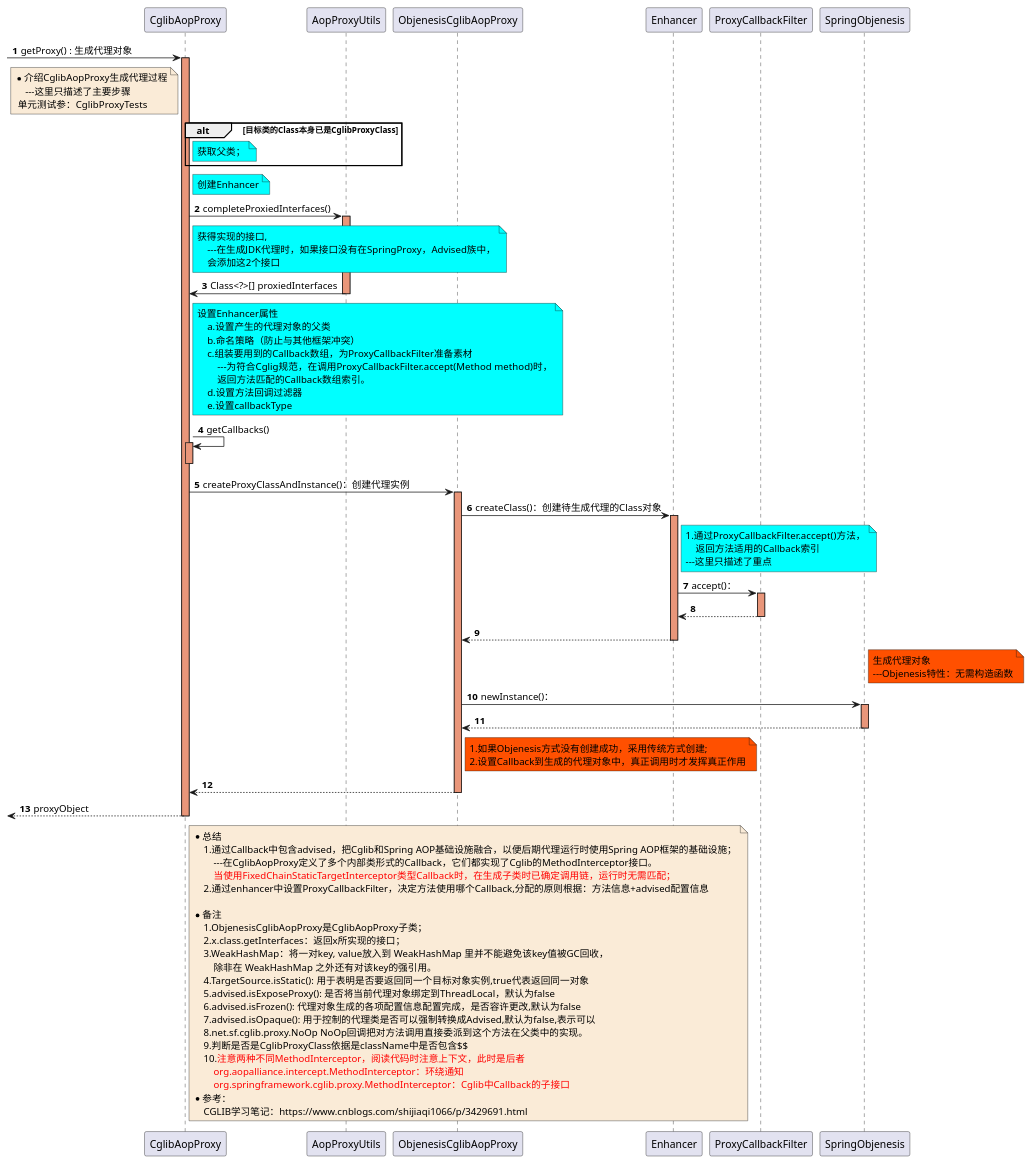
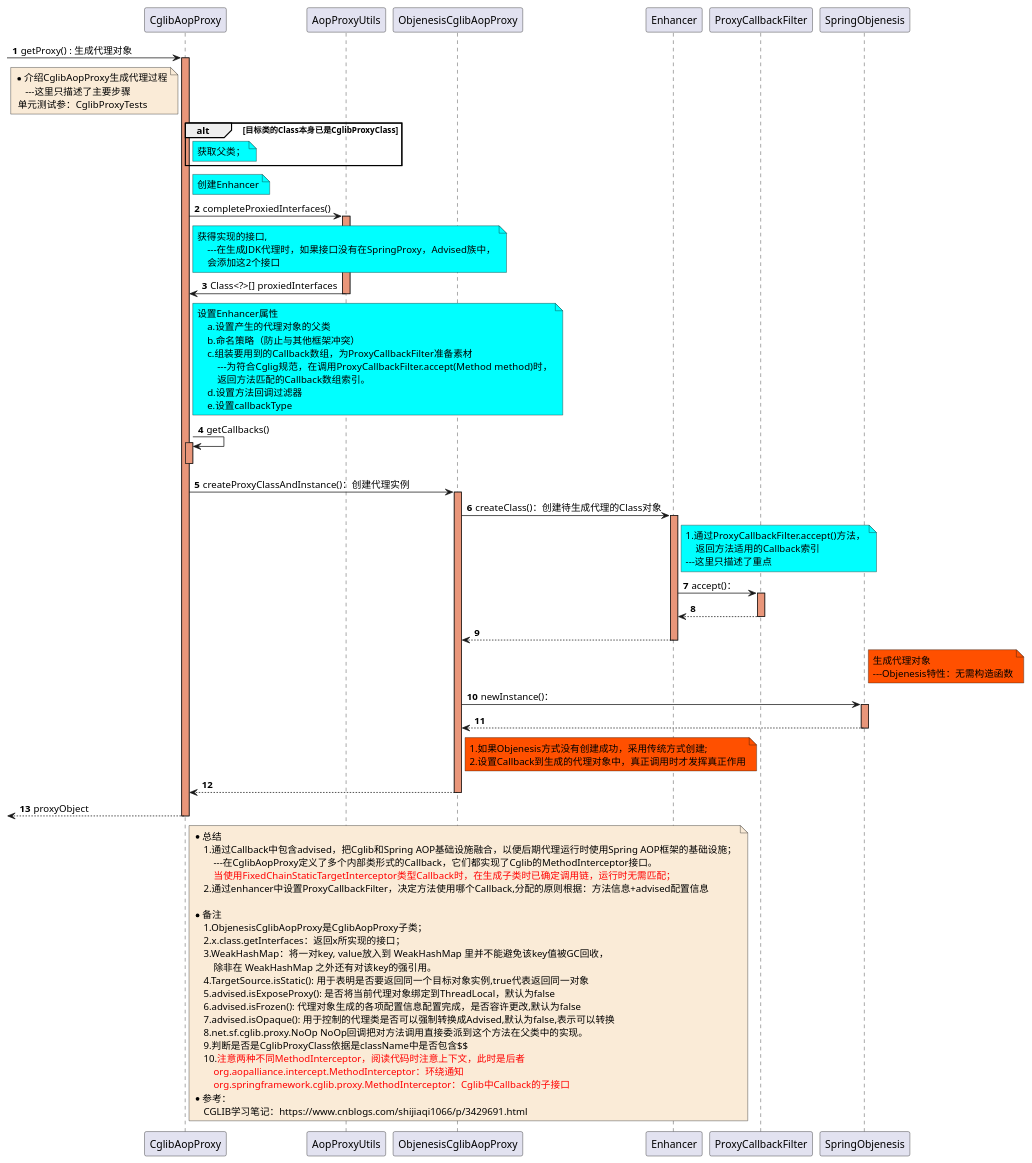
Before and after one commit to czwer/learn-spring-code: the diagram in document/spring/base/sequence/AOP-GenerateProxyObject-2-CglibAopProxy_getProxy-sequence.puml, drawn with PlantUML. The commit also changed 5 other files, not shown here.

Commit message:
修改代理对象执行时的时序图

```diff
--- a/document/spring/base/sequence/AOP-GenerateProxyObject-2-CglibAopProxy_getProxy-sequence.puml
+++ b/document/spring/base/sequence/AOP-GenerateProxyObject-2-CglibAopProxy_getProxy-sequence.puml
@@ -1,116 +1,116 @@
 @startuml
 
 autonumber
 
 -> CglibAopProxy: getProxy() : 生成代理对象
 
 note left of CglibAopProxy #FAEBD7
     *介绍CglibAopProxy生成代理过程
         ---这里只描述了主要步骤
      单元测试参：CglibProxyTests
 end note
 activate CglibAopProxy #DarkSalmon
     alt 目标类的Class本身已是CglibProxyClass
         note right of CglibAopProxy #aqua
             获取父类；
         end note
     end
 
     note right of CglibAopProxy #aqua
         创建Enhancer
     end note
 
     CglibAopProxy-> AopProxyUtils:completeProxiedInterfaces()
     activate AopProxyUtils #DarkSalmon
         note right of CglibAopProxy #aqua
             获得实现的接口,
                 ---在生成JDK代理时，如果接口没有在SpringProxy，Advised族中，
                 会添加这2个接口
         end note
     AopProxyUtils-> CglibAopProxy:Class<?>[] proxiedInterfaces
     deactivate AopProxyUtils
 
     note right of CglibAopProxy #aqua
         设置Enhancer属性
             a.设置产生的代理对象的父类
             b.命名策略（防止与其他框架冲突）
             c.组装要用到的Callback数组，为ProxyCallbackFilter准备素材
                 ---为符合Cglig规范，在调用ProxyCallbackFilter.accept(Method method)时，
                 返回方法匹配的Callback数组索引。
             d.设置方法回调过滤器
             e.设置callbackType
     end note
 
     CglibAopProxy -> CglibAopProxy : getCallbacks()
     activate CglibAopProxy #DarkSalmon
     deactivate CglibAopProxy
 
     CglibAopProxy -> ObjenesisCglibAopProxy : createProxyClassAndInstance()：创建代理实例
     activate ObjenesisCglibAopProxy #DarkSalmon
 
         ObjenesisCglibAopProxy -> Enhancer : createClass()：创建待生成代理的Class对象
         activate Enhancer #DarkSalmon
             note right of Enhancer #aqua
                 1.通过ProxyCallbackFilter.accept()方法，
                     返回方法适用的Callback索引
                 ---这里只描述了重点
             end note
 
             Enhancer -> ProxyCallbackFilter : accept()：
             activate ProxyCallbackFilter #DarkSalmon
             ProxyCallbackFilter --> Enhancer
             deactivate ProxyCallbackFilter
 
         Enhancer --> ObjenesisCglibAopProxy
         deactivate Enhancer
 
         note right of SpringObjenesis #FF5000
             生成代理对象
             ---Objenesis特性：无需构造函数
         end note
 
         ObjenesisCglibAopProxy -> SpringObjenesis : newInstance()：
         activate SpringObjenesis #DarkSalmon
         SpringObjenesis --> ObjenesisCglibAopProxy
         deactivate SpringObjenesis
 
         note right of ObjenesisCglibAopProxy #FF5000
             1.如果Objenesis方式没有创建成功，采用传统方式创建;
             2.设置Callback到生成的代理对象中，真正调用时才发挥真正作用
         end note
 
 
     ObjenesisCglibAopProxy --> CglibAopProxy
     deactivate ObjenesisCglibAopProxy
 
 
 
 <-- CglibAopProxy : proxyObject
 deactivate CglibAopProxy
 
 note right of CglibAopProxy #FAEBD7
 *总结
     1.通过Callback中包含advised，把Cglib和Spring AOP基础设施融合，以便后期代理运行时使用Spring AOP框架的基础设施；
         ---在CglibAopProxy定义了多个内部类形式的Callback，它们都实现了Cglib的MethodInterceptor接口。
         <font color=red>当使用FixedChainStaticTargetInterceptor类型Callback时，在生成子类时已确定调用链，运行时无需匹配；</font>
     2.通过enhancer中设置ProxyCallbackFilter，决定方法使用哪个Callback,分配的原则根据：方法信息+advised配置信息
 
 *备注
     1.ObjenesisCglibAopProxy是CglibAopProxy子类；
     2.x.class.getInterfaces：返回x所实现的接口；
     3.WeakHashMap：将一对key, value放入到 WeakHashMap 里并不能避免该key值被GC回收，
         除非在 WeakHashMap 之外还有对该key的强引用。
     4.TargetSource.isStatic(): 用于表明是否要返回同一个目标对象实例,true代表返回同一对象
     5.advised.isExposeProxy(): 是否将当前代理对象绑定到ThreadLocal，默认为false
     6.advised.isFrozen(): 代理对象生成的各项配置信息配置完成，是否容许更改,默认为false
-    7.advised.isOpaque(): 用于控制的代理类是否可以强制转换成Advised,默认为false,表示可以
+    7.advised.isOpaque(): 用于控制的代理类是否可以强制转换成Advised,默认为false,表示可以转换
     8.net.sf.cglib.proxy.NoOp NoOp回调把对方法调用直接委派到这个方法在父类中的实现。
     9.判断是否是CglibProxyClass依据是className中是否包含$$
     10.<font color=red>注意两种不同MethodInterceptor，阅读代码时注意上下文，此时是后者</font>
         <font color=red>org.aopalliance.intercept.MethodInterceptor：环绕通知</font>
         <font color=red>org.springframework.cglib.proxy.MethodInterceptor：Cglib中Callback的子接口</font>
 *参考：
     CGLIB学习笔记：https://www.cnblogs.com/shijiaqi1066/p/3429691.html
 end note
 
 @enduml
```
